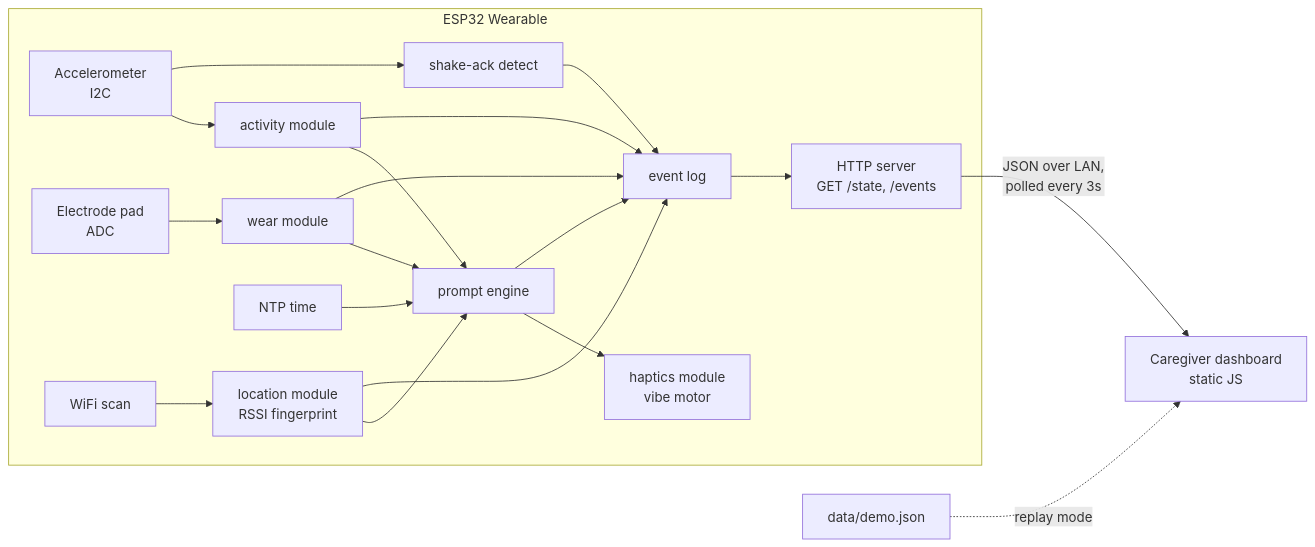
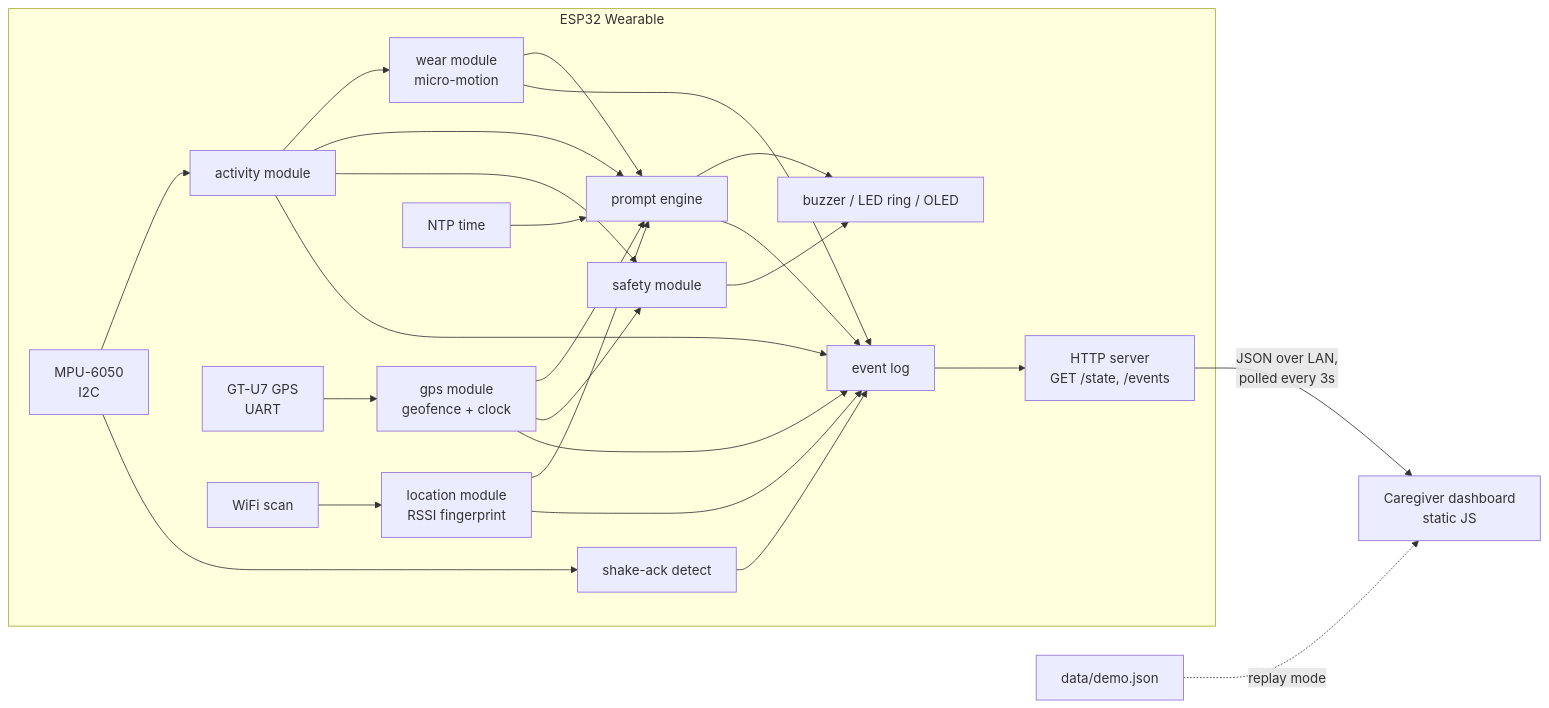
Before and after one commit to jpt1729/hackmit: the diagram in README.md, drawn with Mermaid. The commit also changed other lines of this file and 40 other files, not shown here.

````diff
--- a/README.md
+++ b/README.md
@@ -9,22 +9,28 @@
 ```mermaid
 flowchart LR
     subgraph Wearable [ESP32 Wearable]
-        ACC[Accelerometer<br/>I2C] --> ACT[activity module]
+        ACC[MPU-6050<br/>I2C] --> ACT[activity module]
         ACC --> ACK[shake-ack detect]
-        ELEC[Electrode pad<br/>ADC] --> WEAR[wear module]
+        ACT --> WEAR[wear module<br/>micro-motion]
+        GPSM[GT-U7 GPS<br/>UART] --> GPS[gps module<br/>geofence + clock]
         WIFI[WiFi scan] --> LOC[location module<br/>RSSI fingerprint]
         ACT --> PE[prompt engine]
         LOC --> PE
         WEAR --> PE
+        GPS --> PE
         CLK[NTP time] --> PE
-        PE --> VIBE[haptics module<br/>vibe motor]
+        GPS --> SAF[safety module]
+        ACT --> SAF
+        PE --> OUT[buzzer / LED ring / OLED]
+        SAF --> OUT
         ACK --> LOG[event log]
         PE --> LOG
         WEAR --> LOG
         ACT --> LOG
         LOC --> LOG
+        GPS --> LOG
         LOG --> API[HTTP server<br/>GET /state, /events]
     end
     API -- "JSON over LAN,<br/>polled every 3s" --> DASH[Caregiver dashboard<br/>static JS]
     DEMO[data/demo.json] -. replay mode .-> DASH
 ```
````
